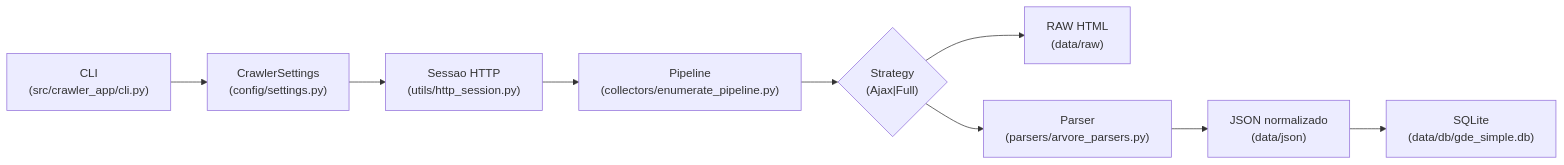
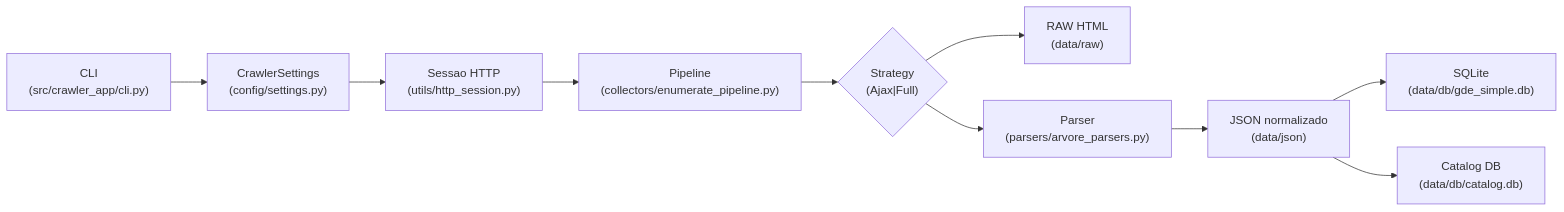
The diagram in docs/crawler/ARCHITECTURE.md (thidorta/MC656-2025-s2), drawn with Mermaid before and after one commit. The commit also changed other lines of this file and 14 other files, not shown here.

````diff
--- a/docs/crawler/ARCHITECTURE.md
+++ b/docs/crawler/ARCHITECTURE.md
@@ -6,21 +6,23 @@
 ```mermaid
 flowchart LR
     cli["CLI\n(src/crawler_app/cli.py)"]
     settings["CrawlerSettings\n(config/settings.py)"]
     session["Sessao HTTP\n(utils/http_session.py)"]
     collector["Pipeline\n(collectors/enumerate_pipeline.py)"]
     strategy{"Strategy\n(Ajax|Full)"}
     raw["RAW HTML\n(data/raw)"]
     parser["Parser\n(parsers/arvore_parsers.py)"]
     json["JSON normalizado\n(data/json)"]
     db["SQLite\n(data/db/gde_simple.db)"]
+    catalogdb["Catalog DB\n(data/db/catalog.db)"]
 
     cli --> settings
     settings --> session
     session --> collector
     collector --> strategy
     strategy --> raw
     strategy --> parser
     parser --> json
     json --> db
+    json --> catalogdb
 ```
````
